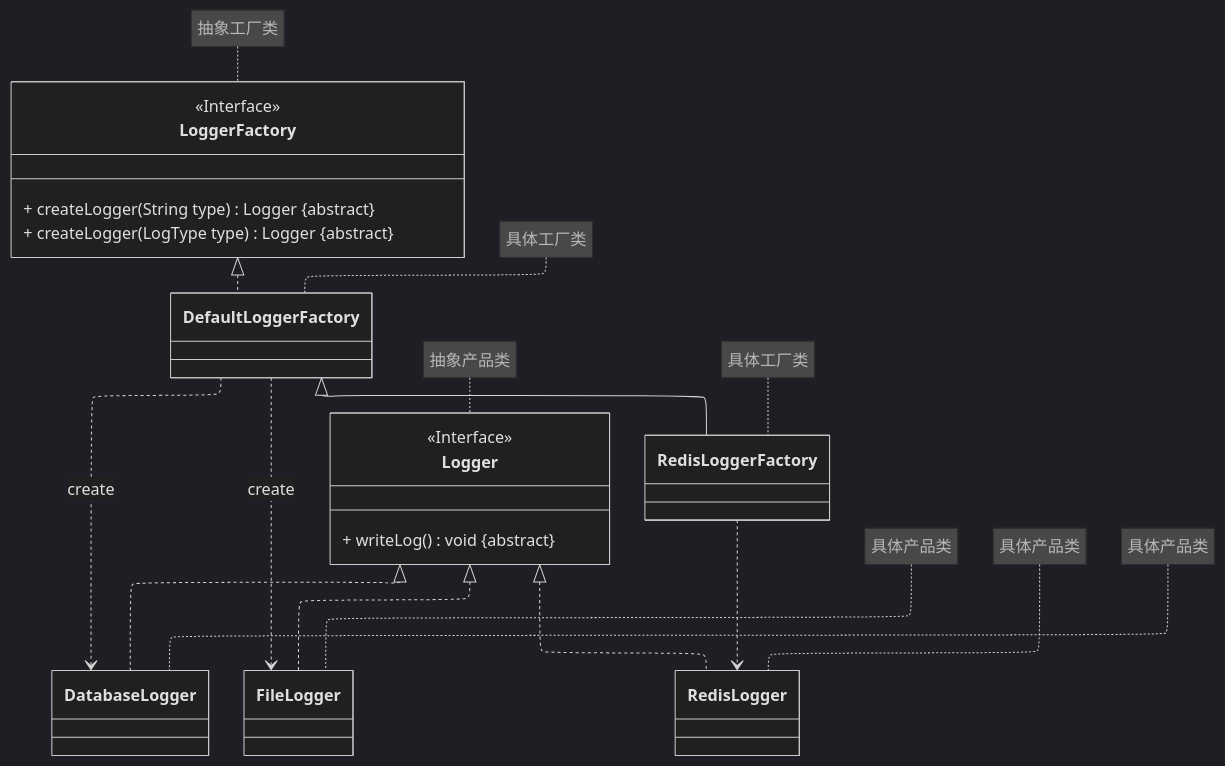
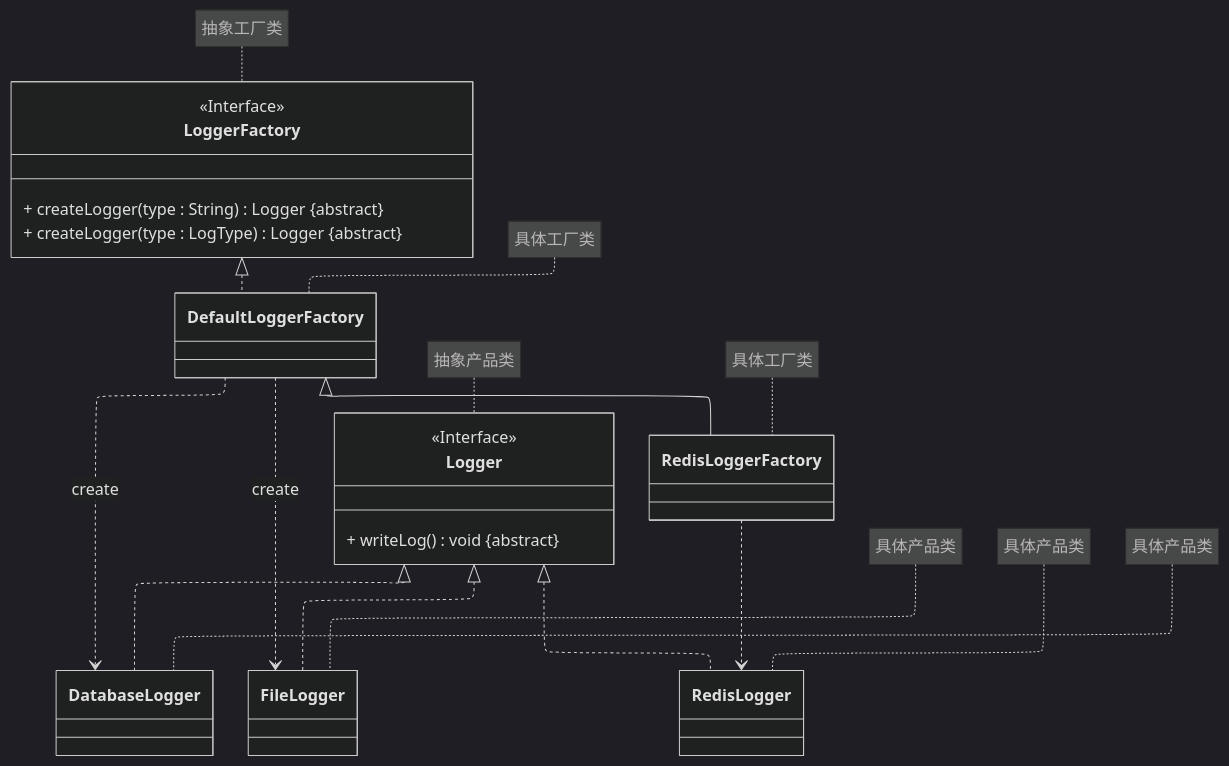
Before and after one commit to LoveC521/LearningCode: the second of 3 diagrams in 软件工程/设计模式/03_工厂方法模式/Java/01_工厂方法模式/README.md, drawn with Mermaid (dark theme). The commit also changed other lines of this file and 1 other file, not shown here.

Commit message:
修复 UML 图中错误的类型声明

````diff
--- a/软件工程/设计模式/03_工厂方法模式/Java/01_工厂方法模式/README.md
+++ b/软件工程/设计模式/03_工厂方法模式/Java/01_工厂方法模式/README.md
@@ -54,38 +54,38 @@
 ```mermaid
 ---
 config:
   layout: elk
 ---
 classDiagram
     class Logger {
         + writeLog() void #123;abstract#125;
     }
     <<Interface>> Logger
     class LoggerFactory {
-        + createLogger(String type) Logger #123;abstract#125;
-        + createLogger(LogType type) Logger #123;abstract#125;
+        + createLogger(type : String) Logger #123;abstract#125;
+        + createLogger(type : LogType) Logger #123;abstract#125;
     }
     <<Interface>> LoggerFactory
     class DatabaseLogger
     class FileLogger
     class RedisLogger
     class DefaultLoggerFactory
     class RedisLoggerFactory
 
     Logger <|.. DatabaseLogger
     Logger <|.. FileLogger
     Logger <|.. RedisLogger
     LoggerFactory <|.. DefaultLoggerFactory
     DefaultLoggerFactory <|-- RedisLoggerFactory
     DefaultLoggerFactory ..> FileLogger : create
     DefaultLoggerFactory ..> DatabaseLogger : create
     RedisLoggerFactory ..> RedisLogger
 
     note for Logger "抽象产品类"
     note for LoggerFactory "抽象工厂类"
     note for FileLogger "具体产品类"
     note for RedisLogger "具体产品类"
     note for DatabaseLogger "具体产品类"
     note for DefaultLoggerFactory "具体工厂类"
     note for RedisLoggerFactory "具体工厂类"
 ```
````
